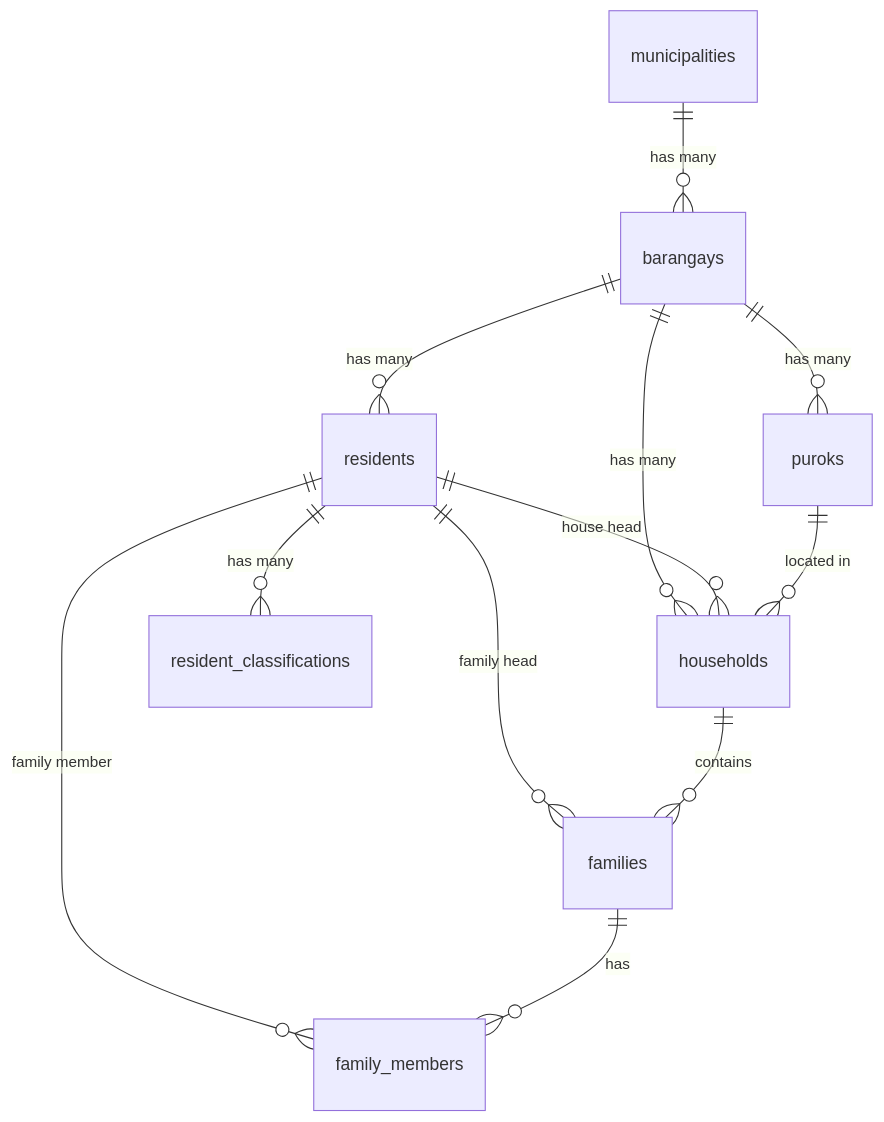
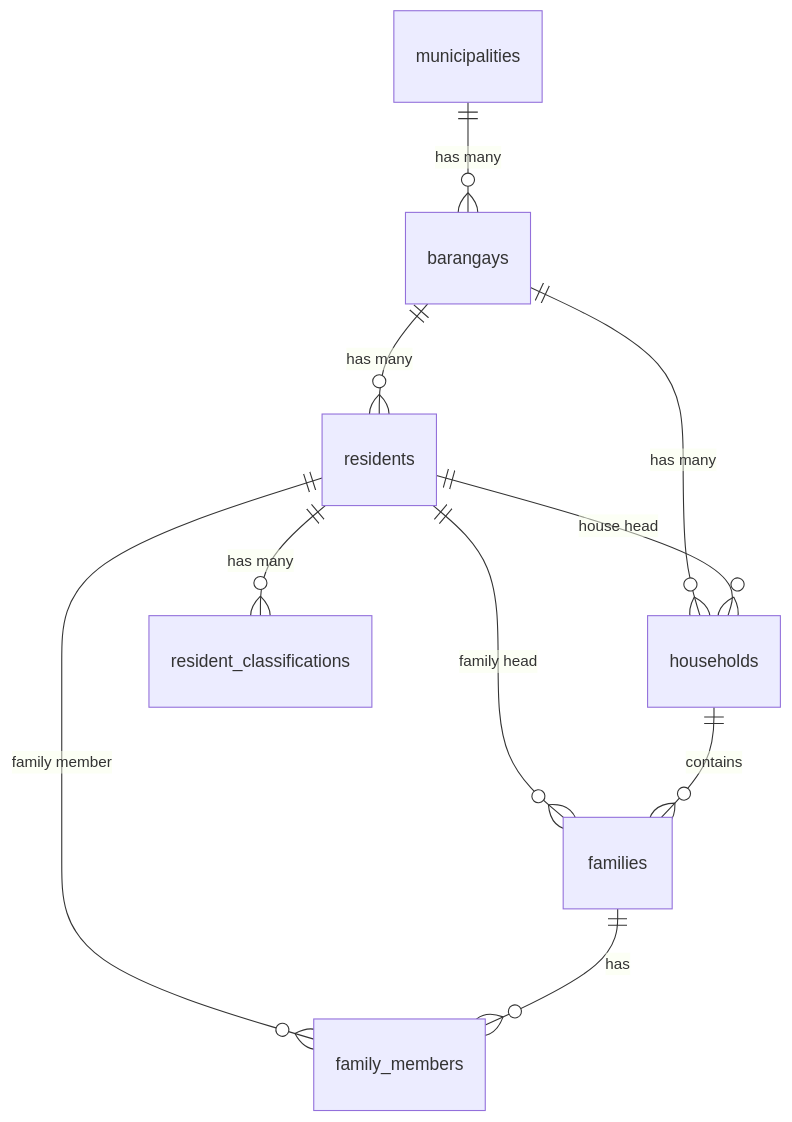
One commit to codeagentapphoria-bot/united-systems_V2 changed the diagram in barangay-information-management-system-copy/docs/RESIDENT_AND_HOUSEHOLD_PROCESS_FLOW.md. Above: the diagram before and after it, drawn with Mermaid. The commit also changed other lines of this file and 540 other files, not shown here.

````diff
--- a/barangay-information-management-system-copy/docs/RESIDENT_AND_HOUSEHOLD_PROCESS_FLOW.md
+++ b/barangay-information-management-system-copy/docs/RESIDENT_AND_HOUSEHOLD_PROCESS_FLOW.md
@@ -28,17 +28,14 @@
 ```mermaid
 erDiagram
     municipalities ||--o{ barangays : "has many"
-    barangays ||--o{ puroks : "has many"
     barangays ||--o{ residents : "has many"
     barangays ||--o{ households : "has many"
     
     residents ||--o{ resident_classifications : "has many"
     residents ||--o{ households : "house head"
     residents ||--o{ families : "family head"
     residents ||--o{ family_members : "family member"
     
     households ||--o{ families : "contains"
     families ||--o{ family_members : "has"
-    
-    puroks ||--o{ households : "located in"
 ```
````
